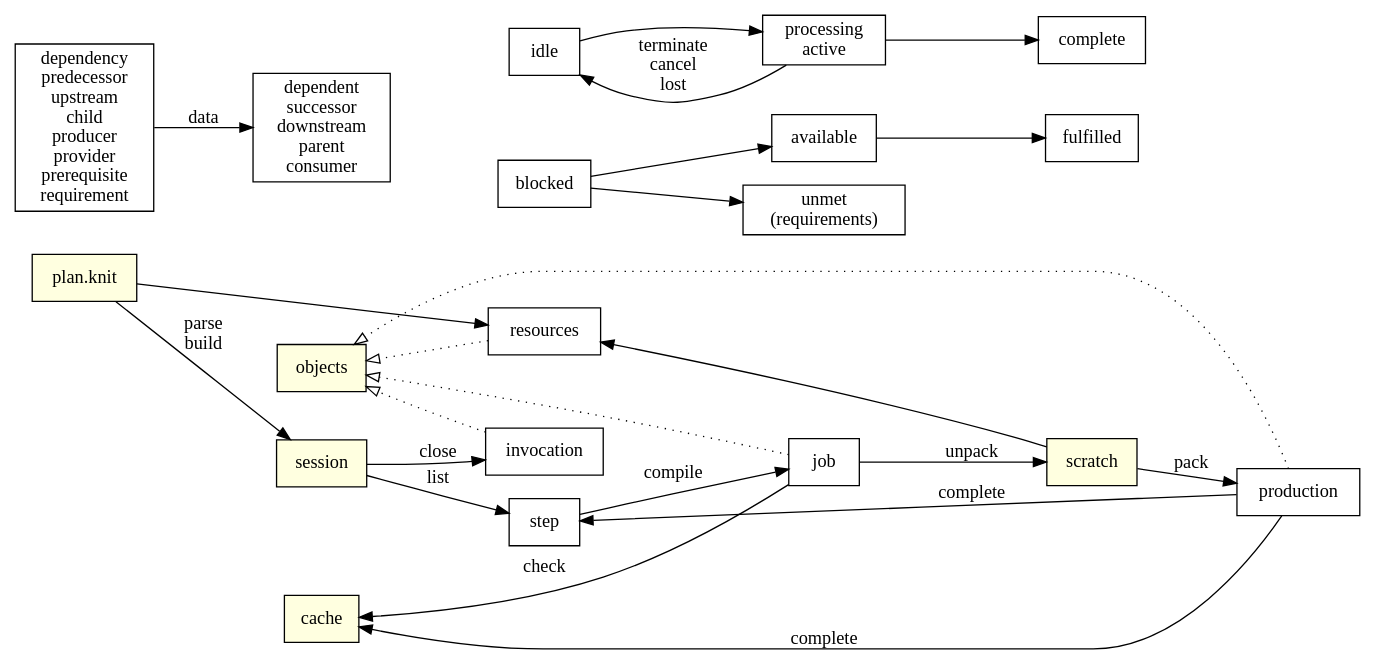
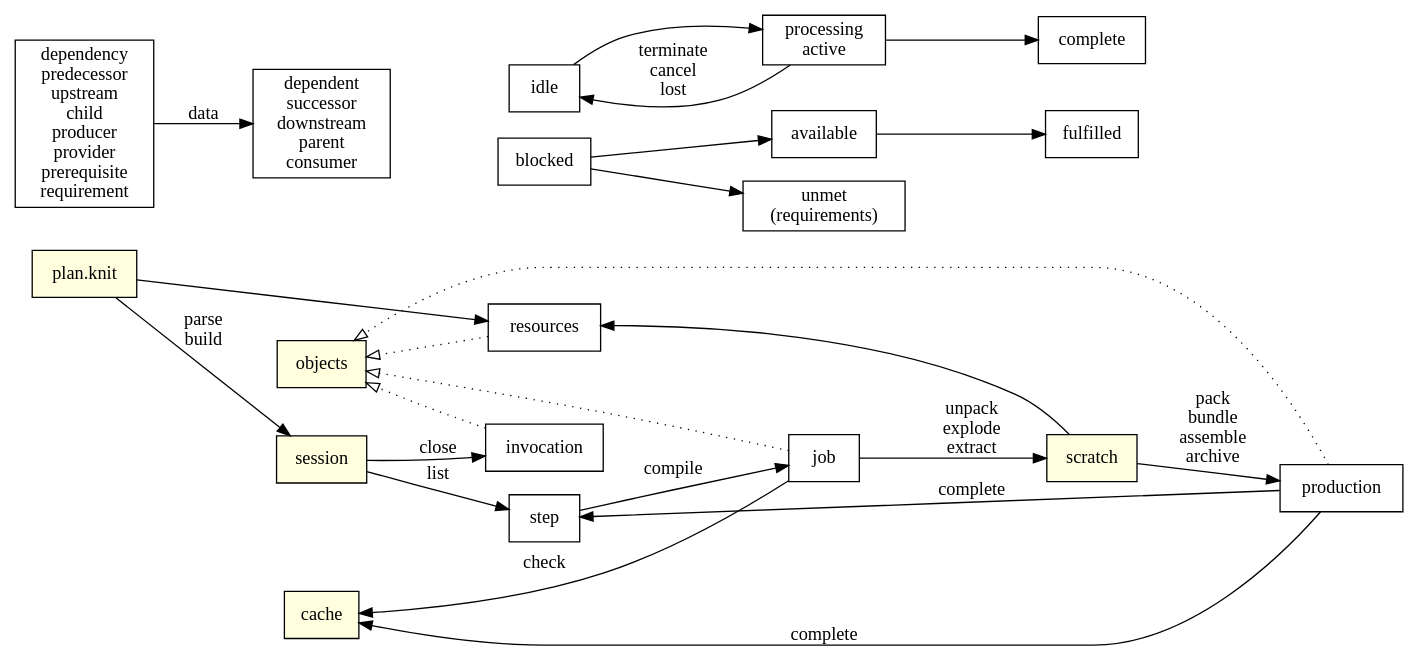
One commit to jmou/knit changed the diagram in diagram.dot. Above: the diagram before and after it, drawn with Graphviz. The commit also changed 4 other files, not shown here.

```diff
--- a/diagram.dot
+++ b/diagram.dot
@@ -1,62 +1,62 @@
 digraph {
     rankdir=LR;
     node [shape=box];
 
     {
         node [style=filled,fillcolor=lightyellow];
 
         // session canonicalization to detect duplicate flows?
         "plan.knit";
         {
             rank=same;
             // .knit/sessions/xxxx
             session;
             // .knit/objects/xx/yyyy
             objects;
             // .knit/cache/xx/yyyy
             cache;
         }
         // .knit/scratch/xxxx
         scratch;
     }
 
     "plan.knit" -> session [label="parse\nbuild"];
     "plan.knit" -> resources;
     step -> job [label=compile];
     job -> cache [label=check];
     production -> step [label=complete];
     session -> step [label=list];
     session -> invocation [label=close];
 
     // dispatch
-    job -> scratch [label=unpack];
-    scratch -> production [label=pack];
+    job -> scratch [label="unpack\nexplode\nextract"];
+    scratch -> production [label="pack\nbundle\nassemble\narchive"];
     production -> cache [label=complete];
     scratch -> resources;
 
     {
         edge [style=dotted,arrowhead=empty];
         { resources job production invocation } -> objects;
     }
 
     { rank=same; resources; step; }
 
     // step states
     blocked;
     available;
     blocked -> available;
     available -> fulfilled;
     blocked -> "unmet\n(requirements)";
 
     // job states
     processing [label="processing\nactive"];
     idle -> processing -> complete;
     processing -> idle [label="terminate\ncancel\nlost"];
 
     // dependencies
     dependency [label="dependency\npredecessor\nupstream\nchild\nproducer\nprovider\nprerequisite\nrequirement"];
     dependent [label="dependent\nsuccessor\ndownstream\nparent\nconsumer"];
     dependency -> dependent [label=data];
 
     { rank=same; idle; blocked; step; }
 }
```
